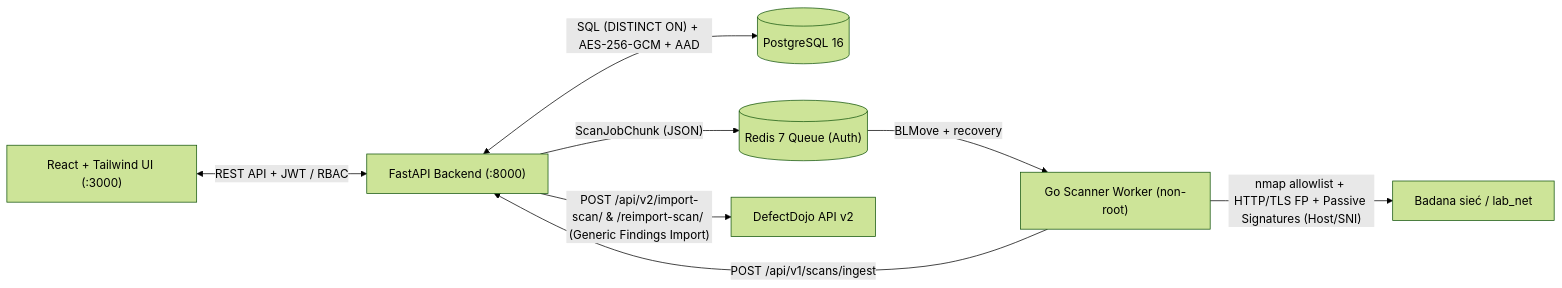
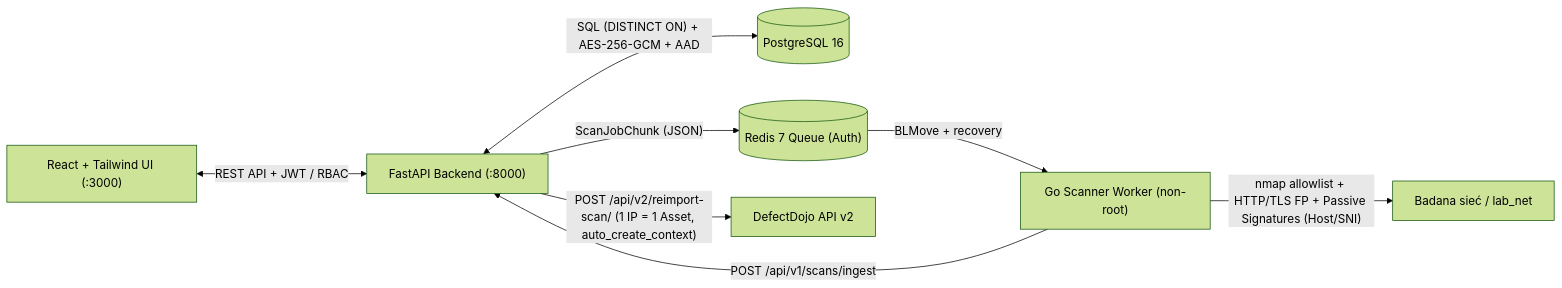
The first of 2 diagrams in docs/ARCHITECTURE.md (hundajejlols/ASI), drawn with Mermaid (forest theme) before and after one commit. The commit also changed other lines of this file and 13 other files, not shown here.

First line of the commit message:
DefectDojo per-IP Asset export (1 IP = 1 Asset) & interactive timeline chart

````diff
--- a/docs/ARCHITECTURE.md
+++ b/docs/ARCHITECTURE.md
@@ -11,10 +11,10 @@
 ```mermaid
 flowchart LR
     UI["React + Tailwind UI (:3000)"] <-->|"REST API + JWT / RBAC"| API["FastAPI Backend (:8000)"]
     API <-->|"SQL (DISTINCT ON) + AES-256-GCM + AAD"| DB[("PostgreSQL 16")]
     API -->|"ScanJobChunk (JSON)"| REDIS[("Redis 7 Queue (Auth)")]
     REDIS -->|"BLMove + recovery"| WORKER["Go Scanner Worker (non-root)"]
     WORKER -->|"nmap allowlist + HTTP/TLS FP + Passive Signatures (Host/SNI)"| LAB["Badana sieć / lab_net"]
     WORKER -->|"POST /api/v1/scans/ingest"| API
-    API -->|"POST /api/v2/import-scan/ & /reimport-scan/ (Generic Findings Import)"| DD["DefectDojo API v2"]
+    API -->|"POST /api/v2/reimport-scan/ (1 IP = 1 Asset, auto_create_context)"| DD["DefectDojo API v2"]
 ```
````
